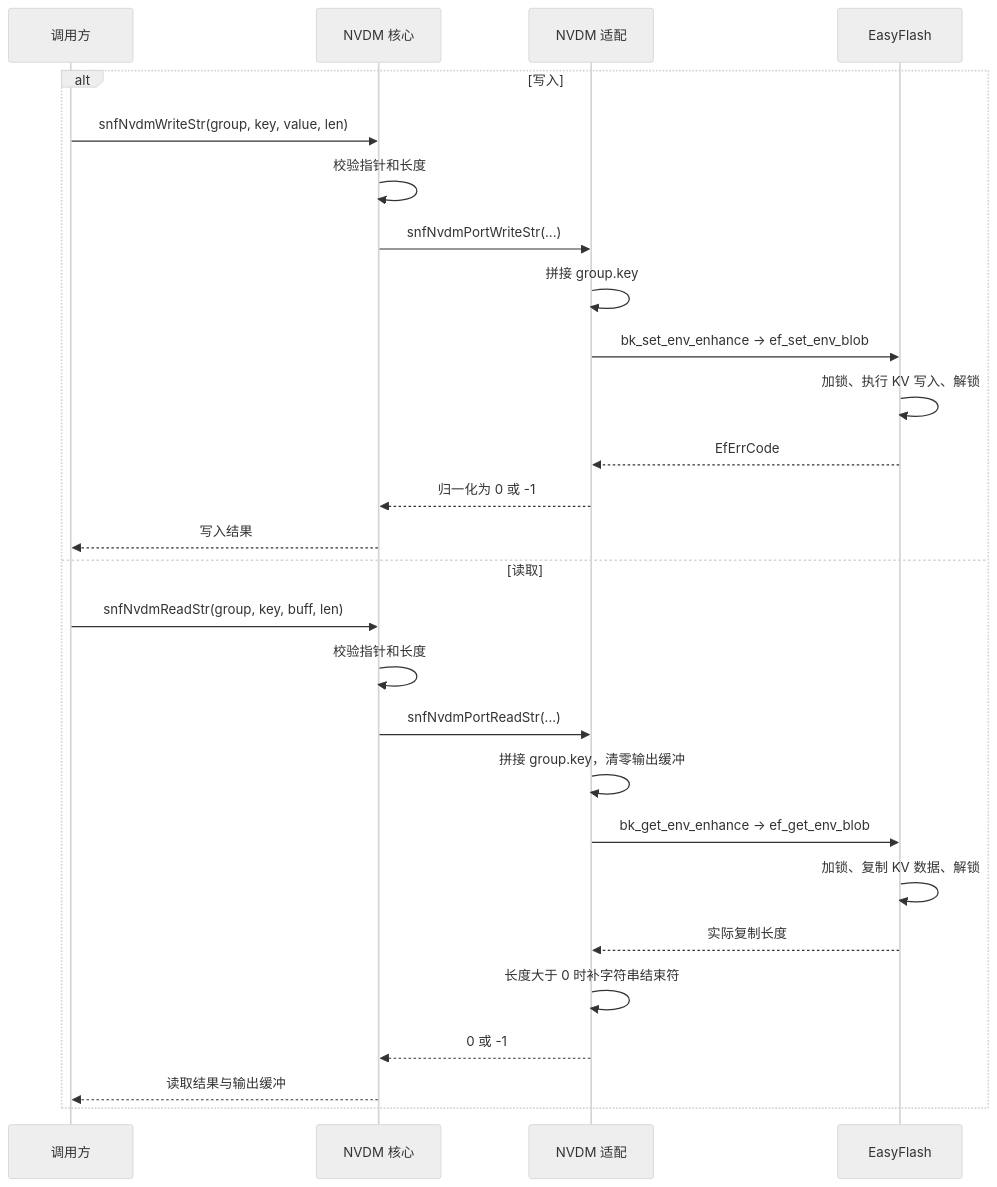
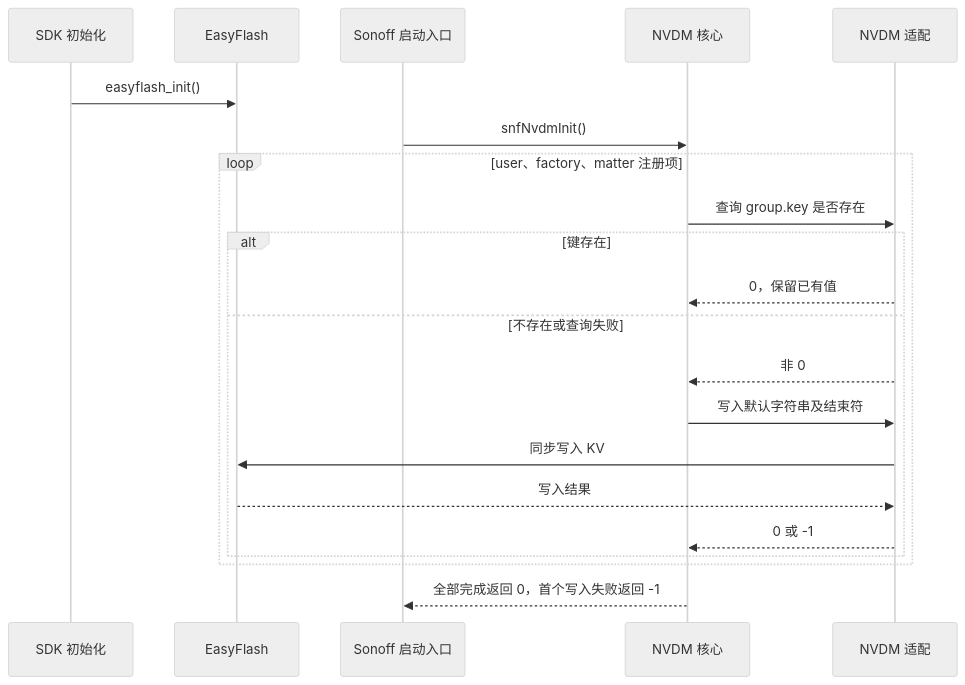
One commit to dragonxiaoex/bk7239 changed the second of 4 diagrams in docs/nvdm.md. Above: the diagram before and after it, drawn with Mermaid (neutral theme). The commit also changed other lines of this file and 13 other files, not shown here.

````diff
--- a/docs/nvdm.md
+++ b/docs/nvdm.md
@@ -84,29 +88,23 @@
 ```mermaid
 sequenceDiagram
-    participant caller as 调用方
+    participant sdk as SDK 初始化
+    participant storage as EasyFlash
+    participant entry as Sonoff 启动入口
     participant core as NVDM 核心
     participant port as NVDM 适配
-    participant storage as EasyFlash
-    alt 写入
-        caller->>core: snfNvdmWriteStr(group, key, value, len)
-        core->>core: 校验指针和长度
-        core->>port: snfNvdmPortWriteStr(...)
-        port->>port: 拼接 group.key
-        port->>storage: bk_set_env_enhance → ef_set_env_blob
-        storage->>storage: 加锁、执行 KV 写入、解锁
-        storage-->>port: EfErrCode
-        port-->>core: 归一化为 0 或 -1
-        core-->>caller: 写入结果
-    else 读取
-        caller->>core: snfNvdmReadStr(group, key, buff, len)
-        core->>core: 校验指针和长度
-        core->>port: snfNvdmPortReadStr(...)
-        port->>port: 拼接 group.key，清零输出缓冲
-        port->>storage: bk_get_env_enhance → ef_get_env_blob
-        storage->>storage: 加锁、复制 KV 数据、解锁
-        storage-->>port: 实际复制长度
-        port->>port: 长度大于 0 时补字符串结束符
-        port-->>core: 0 或 -1
-        core-->>caller: 读取结果与输出缓冲
+    sdk->>storage: easyflash_init()
+    entry->>core: snfNvdmInit()
+    loop user、factory、matter 注册项
+        core->>port: 查询 group.key 是否存在
+        alt 键存在
+            port-->>core: 0，保留已有值
+        else 不存在或查询失败
+            port-->>core: 非 0
+            core->>port: 写入默认字符串及结束符
+            port->>storage: 同步写入 KV
+            storage-->>port: 写入结果
+            port-->>core: 0 或 -1
+        end
     end
+    core-->>entry: 全部完成返回 0，首个写入失败返回 -1
 ```
````
